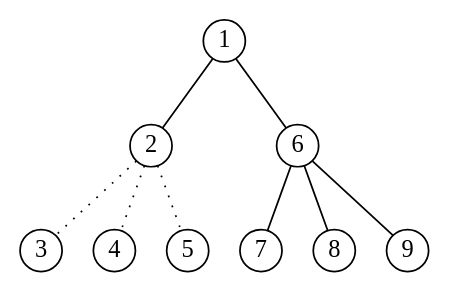
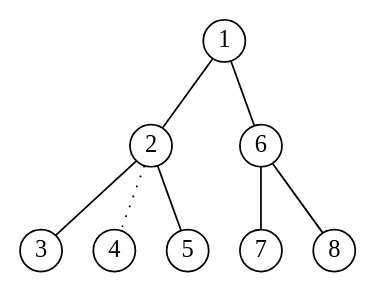
One commit to ydanilin/gra changed the diagram in graph06move-step01.gv. Above: the diagram before and after it, drawn with Graphviz. The commit also changed 11 other files, not shown here.

```diff
--- a/graph06move-step01.gv
+++ b/graph06move-step01.gv
@@ -1,12 +1,12 @@
 strict graph G {
     node [shape=circle height=0.1 margin=0.01];
   edge [len=0.25];
     1 -- 2;
-    2 -- 3 [style=dotted];
+    2 -- 3;
     2 -- 4 [style=dotted];
-    2 -- 5 [style=dotted];
+    2 -- 5;
     1 -- 6;
     6 -- 7;
     6 -- 8; //[style=dotted];
-    6 -- 9;
+   // 2 -- 9 [style=dotted];
 }
```
